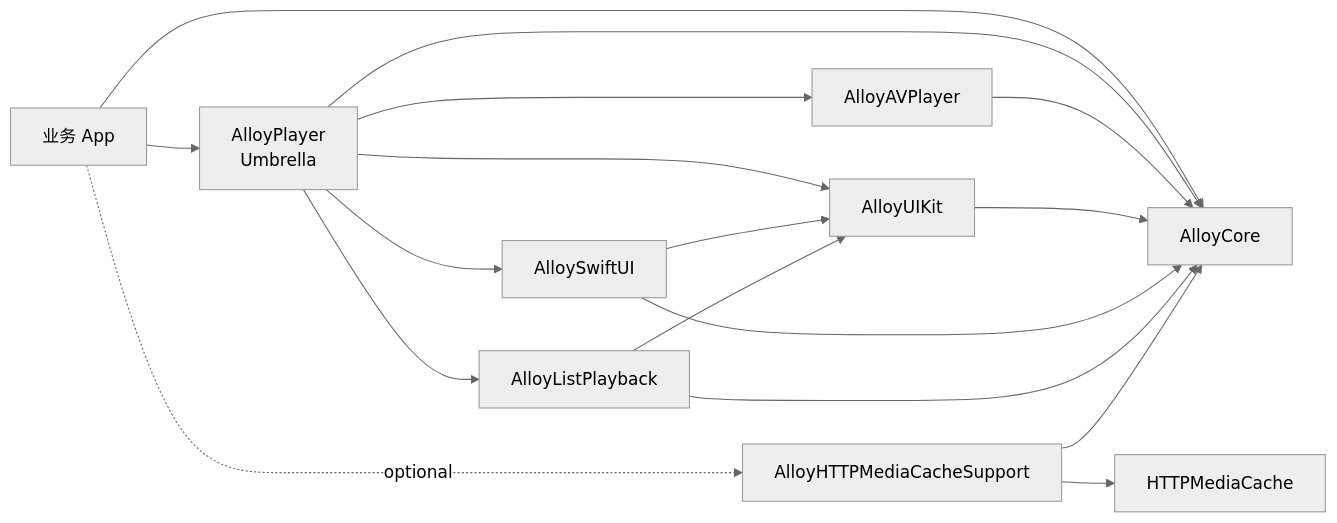
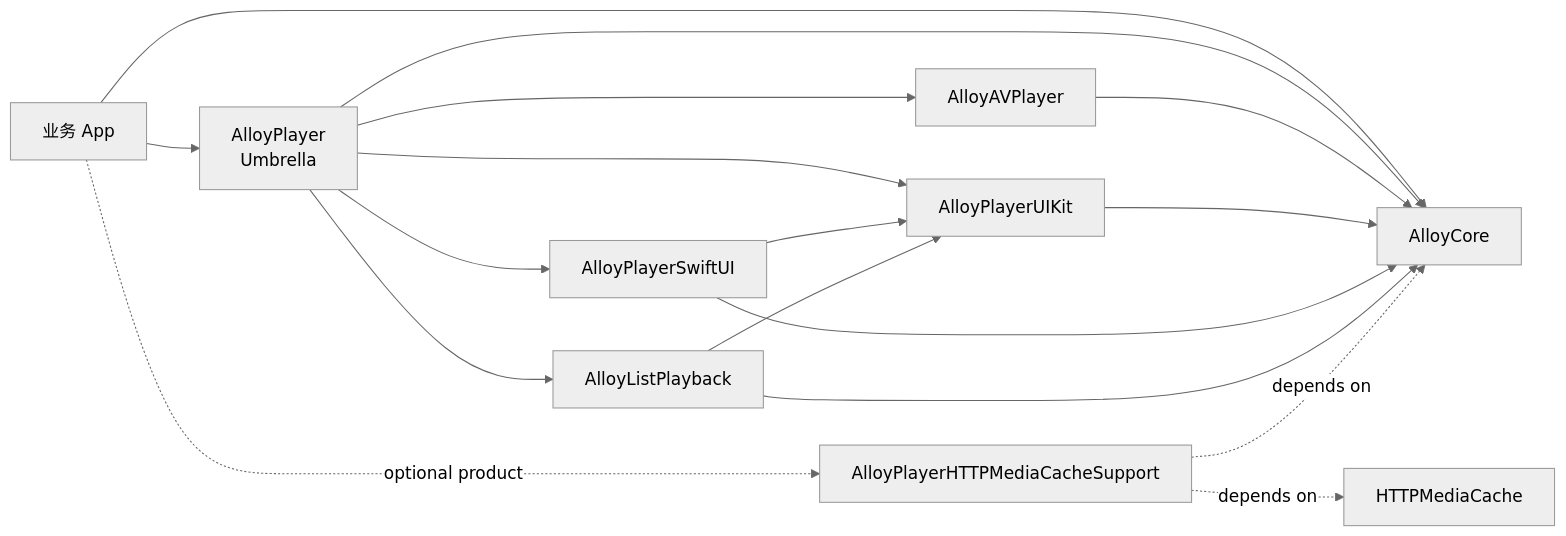
Before and after one commit to sunimp/AlloyPlayer: the diagram in README.md, drawn with Mermaid (neutral theme). The commit also changed other lines of this file and 135 other files, not shown here.

````diff
--- a/README.md
+++ b/README.md
@@ -278,22 +288,22 @@
 ```mermaid
 flowchart LR
     App[业务 App] --> Umbrella[AlloyPlayer<br/>Umbrella]
     App --> Core[AlloyCore]
 
     Umbrella --> Core
     Umbrella --> AV[AlloyAVPlayer]
-    Umbrella --> UIKitControls[AlloyUIKit]
-    Umbrella --> SwiftUIControls[AlloySwiftUI]
+    Umbrella --> UIKitControls[AlloyPlayerUIKit]
+    Umbrella --> SwiftUIControls[AlloyPlayerSwiftUI]
     Umbrella --> ListPlayback[AlloyListPlayback]
 
     AV --> Core
     UIKitControls --> Core
     SwiftUIControls --> Core
     SwiftUIControls --> UIKitControls
     ListPlayback --> Core
     ListPlayback --> UIKitControls
 
-    CacheSupport[AlloyHTTPMediaCacheSupport] --> Core
-    CacheSupport --> HTTPMediaCache[HTTPMediaCache]
-    App -. optional .-> CacheSupport
+    App -. optional product .-> CacheSupport[AlloyPlayerHTTPMediaCacheSupport]
+    CacheSupport -. depends on .-> Core
+    CacheSupport -. depends on .-> HTTPMediaCache[HTTPMediaCache]
 ```
````
